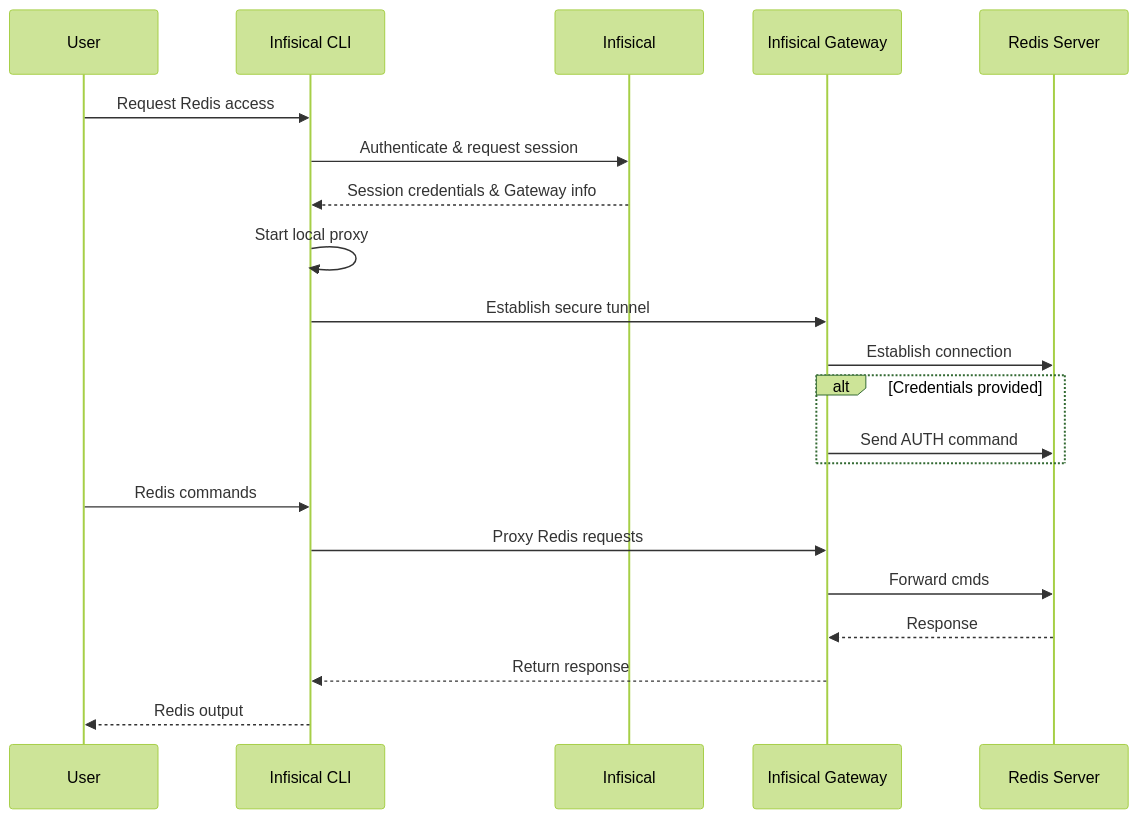
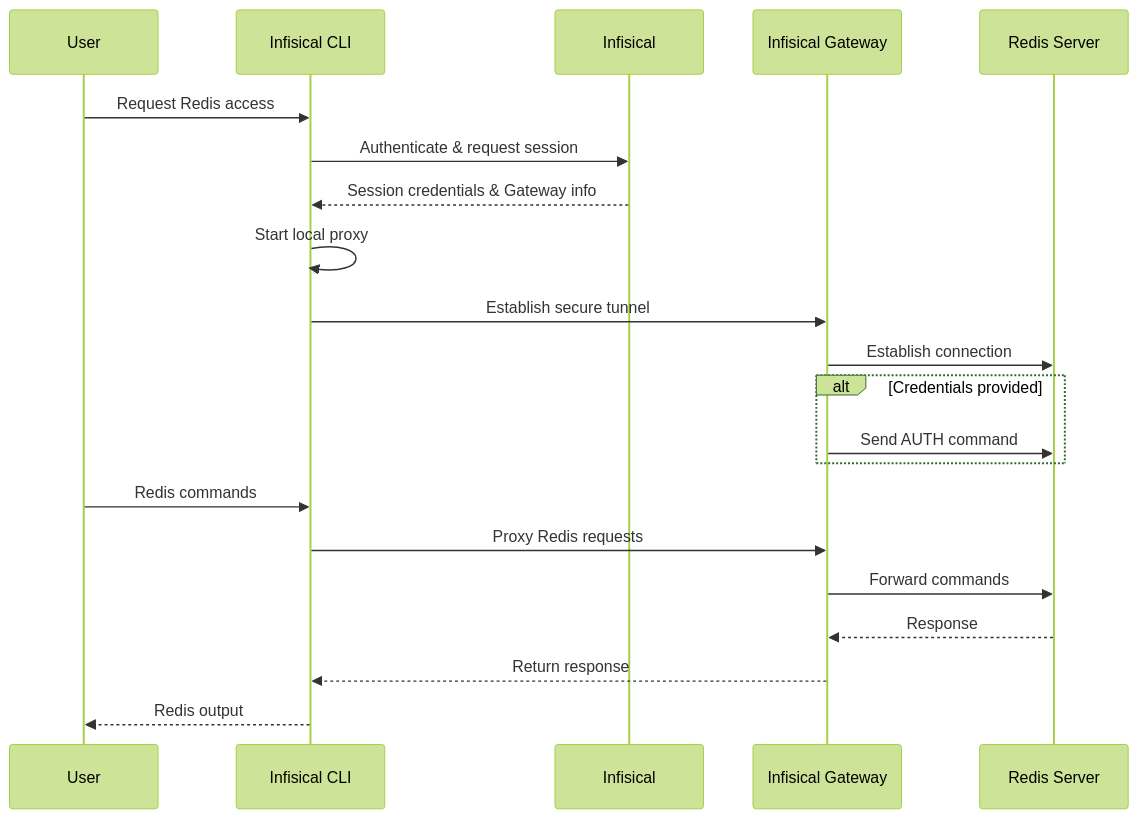
One commit to Infisical/infisical changed the diagram in docs/documentation/platform/pam/getting-started/resources/redis.mdx. Above: the diagram before and after it, drawn with Mermaid (forest theme). The commit also changed other lines of this file, not shown here.

Commit message:
Update redis doc

````diff
--- a/docs/documentation/platform/pam/getting-started/resources/redis.mdx
+++ b/docs/documentation/platform/pam/getting-started/resources/redis.mdx
@@ -13,24 +16,24 @@
 ```mermaid
 sequenceDiagram
     participant User
     participant CLI as Infisical CLI
     participant Infisical
     participant Gateway as Infisical Gateway
     participant Redis as Redis Server
 
     User->>CLI: Request Redis access
     CLI->>Infisical: Authenticate & request session
     Infisical-->>CLI: Session credentials & Gateway info
     CLI->>CLI: Start local proxy
     CLI->>Gateway: Establish secure tunnel
     Gateway->>Redis: Establish connection
     alt Credentials provided
       Gateway->>Redis: Send AUTH command
     end
     User->>CLI: Redis commands
     CLI->>Gateway: Proxy Redis requests
-    Gateway->>Redis: Forward cmds
+    Gateway->>Redis: Forward commands
     Redis-->>Gateway: Response
     Gateway-->>CLI: Return response
     CLI-->>User: Redis output
 ```
````
